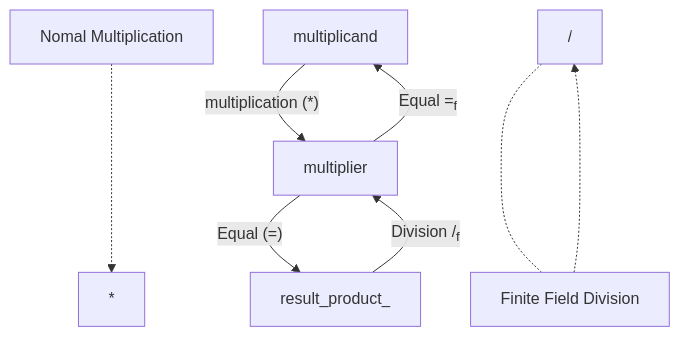
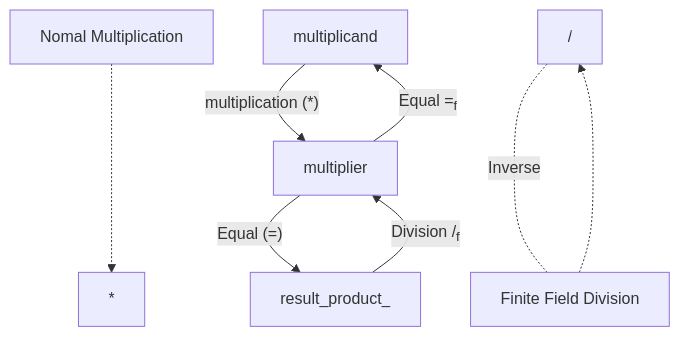
Before and after one commit to will-bc/Blockchain-Cryptocurrency: the third of 3 diagrams in Finite_Field/README.md, drawn with Mermaid.

````diff
--- a/Finite_Field/README.md
+++ b/Finite_Field/README.md
@@ -49,16 +49,16 @@
 ```mermaid 
 graph TB 
 
 A["Nomal Multiplication"] -..-> *
 
 multiplicand --"multiplication (*)" --> multiplier-->|"Equal (=)"|result_product_ 
 
 result_product_-- "Division /<sub>f</sub>" -->multiplier
 multiplier--"Equal =<sub>f</sub>" -->multiplicand
 
-/ <-.- B["Finite Field Division"]
+/ <-.- |"Inverse"| B["Finite Field Division"]
 
 B["Finite Field Division"] -..-> /
 
 
 ```
````
